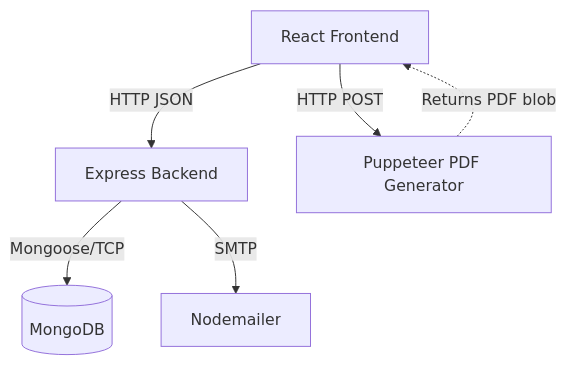
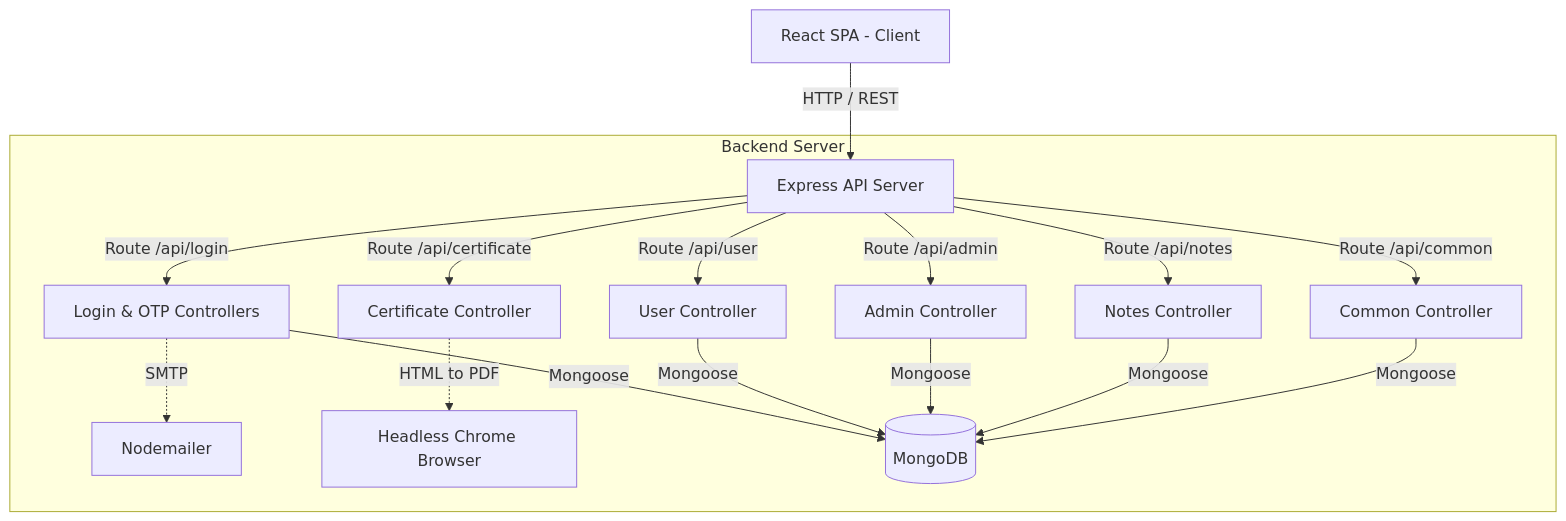
Before and after one commit to abdul8704/EduTrack: the first of 2 diagrams in architecture.md, drawn with Mermaid. The commit also changed other lines of this file, not shown here.

````diff
--- a/architecture.md
+++ b/architecture.md
@@ -21,9 +30,22 @@
 ```mermaid
 graph TD
-    Client[React Frontend] -->|HTTP JSON| API[Express Backend]
-    Client -->|HTTP POST| CertGen[Puppeteer PDF Generator]
-    API -->|Mongoose/TCP| DB[(MongoDB)]
-    API -->|SMTP| Mailer[Nodemailer]
+    Client[React SPA - Client] -->|HTTP / REST| API[Express API Server]
     
-    CertGen -.->|Returns PDF blob| Client
+    subgraph Backend Server
+        API -->|Route /api/login| LoginCtrl[Login & OTP Controllers]
+        API -->|Route /api/user| UserCtrl[User Controller]
+        API -->|Route /api/admin| AdminCtrl[Admin Controller]
+        API -->|Route /api/notes| NotesCtrl[Notes Controller]
+        API -->|Route /api/certificate| CertCtrl[Certificate Controller]
+        API -->|Route /api/common| CommonCtrl[Common Controller]
+        
+        LoginCtrl -.->|SMTP| Mail[Nodemailer]
+        CertCtrl -.->|HTML to PDF| Puppeteer[Headless Chrome Browser]
+        
+        LoginCtrl -->|Mongoose| DB[(MongoDB)]
+        UserCtrl -->|Mongoose| DB
+        AdminCtrl -->|Mongoose| DB
+        NotesCtrl -->|Mongoose| DB
+        CommonCtrl -->|Mongoose| DB
+    end
 ```
````
